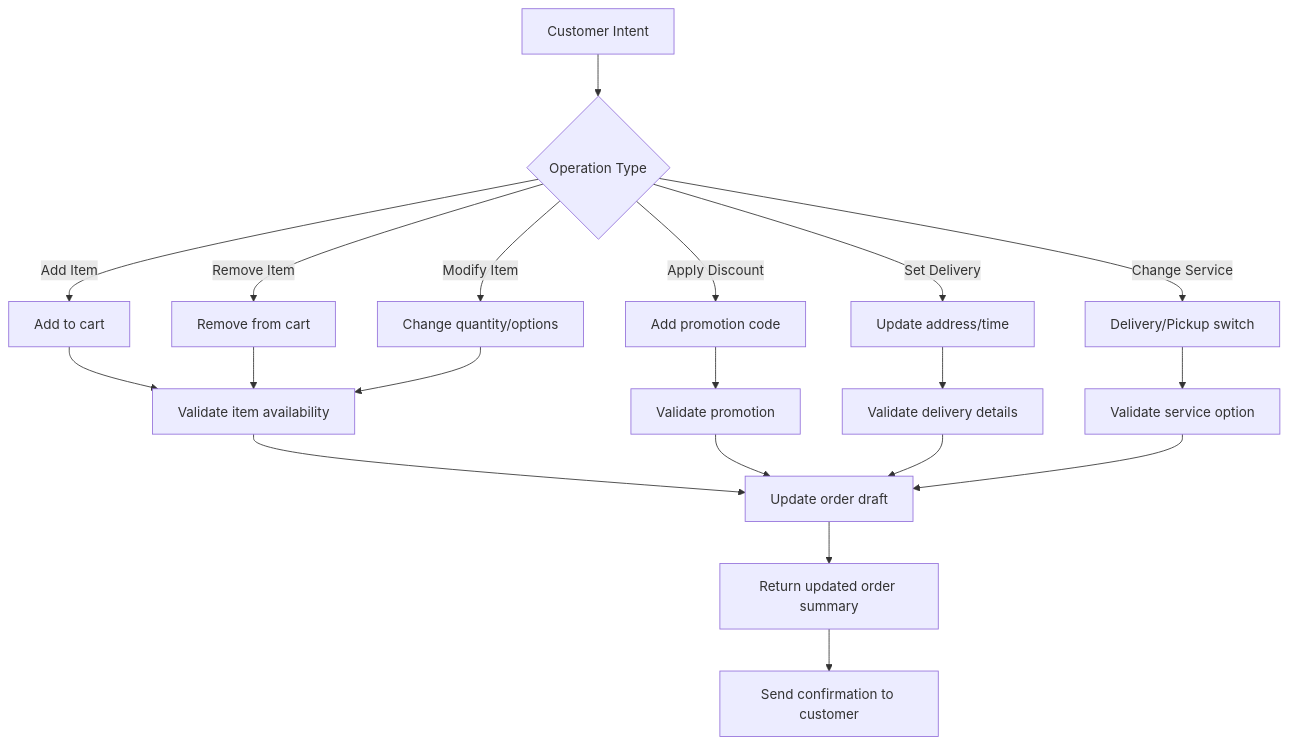
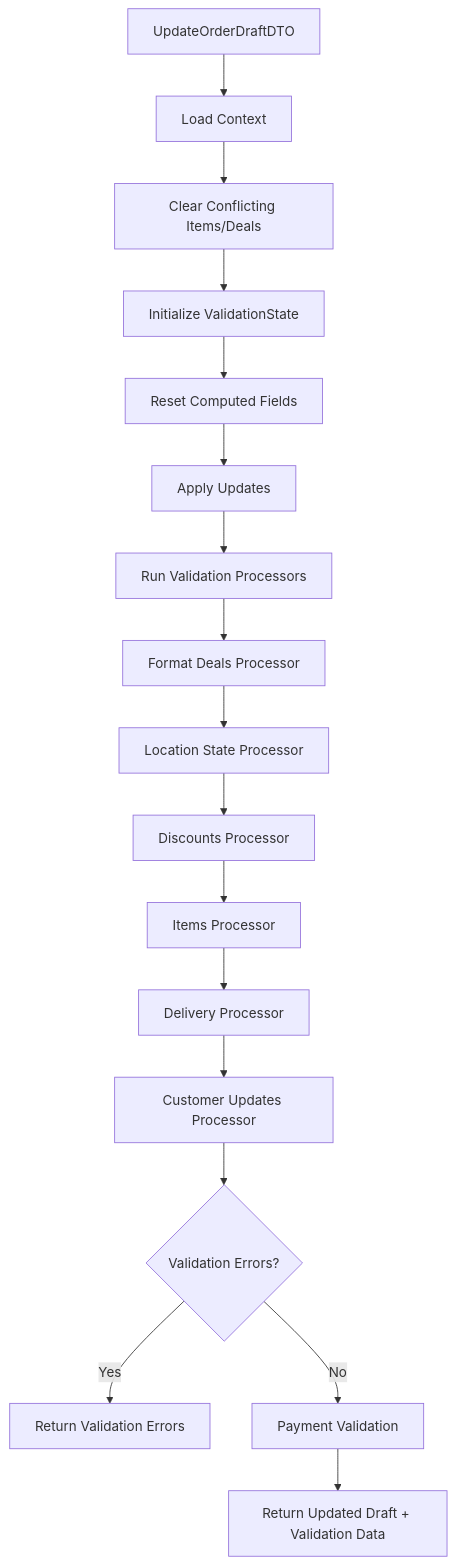
One commit to chataigne-ai/docs changed the diagram in working-with-the-chatbot/update-order-draft.mdx. Above: the diagram before and after it, drawn with Mermaid. The commit also changed other lines of this file and 6 other files, not shown here.

````diff
--- a/working-with-the-chatbot/update-order-draft.mdx
+++ b/working-with-the-chatbot/update-order-draft.mdx
@@ -18,26 +20,21 @@
 ```mermaid
 flowchart TD
-    Start[Customer Intent] --> Operation{Operation Type}
+    Input[UpdateOrderDraftDTO] --> Load[Load Context]
+    Load --> Clear[Clear Conflicting Items/Deals]
+    Clear --> Init[Initialize ValidationState]
+    Init --> Reset[Reset Computed Fields]
+    Reset --> Apply[Apply Updates]
+    Apply --> Processors[Run Validation Processors]
 
-    Operation -->|Add Item| AddItem[Add to cart]
-    Operation -->|Remove Item| RemoveItem[Remove from cart]
-    Operation -->|Modify Item| ModifyItem[Change quantity/options]
-    Operation -->|Apply Discount| Discount[Add promotion code]
-    Operation -->|Set Delivery| Delivery[Update address/time]
-    Operation -->|Change Service| Service[Delivery/Pickup switch]
+    Processors --> FormatDeals[Format Deals Processor]
+    FormatDeals --> LocationState[Location State Processor]
+    LocationState --> Discounts[Discounts Processor]
+    Discounts --> Items[Items Processor]
+    Items --> Delivery[Delivery Processor]
+    Delivery --> Customer[Customer Updates Processor]
 
-    AddItem --> Validate[Validate item availability]
-    RemoveItem --> Validate
-    ModifyItem --> Validate
-    Discount --> ValidatePromo[Validate promotion]
-    Delivery --> ValidateAddress[Validate delivery details]
-    Service --> ValidateService[Validate service option]
-
-    Validate --> Update[Update order draft]
-    ValidatePromo --> Update
-    ValidateAddress --> Update
-    ValidateService --> Update
-
-    Update --> Response[Return updated order summary]
-    Response --> Customer[Send confirmation to customer]
+    Customer --> Errors{Validation Errors?}
+    Errors -->|Yes| ErrorResponse[Return Validation Errors]
+    Errors -->|No| Payment[Payment Validation]
+    Payment --> FinalResponse[Return Updated Draft + Validation Data]
 ```
````
